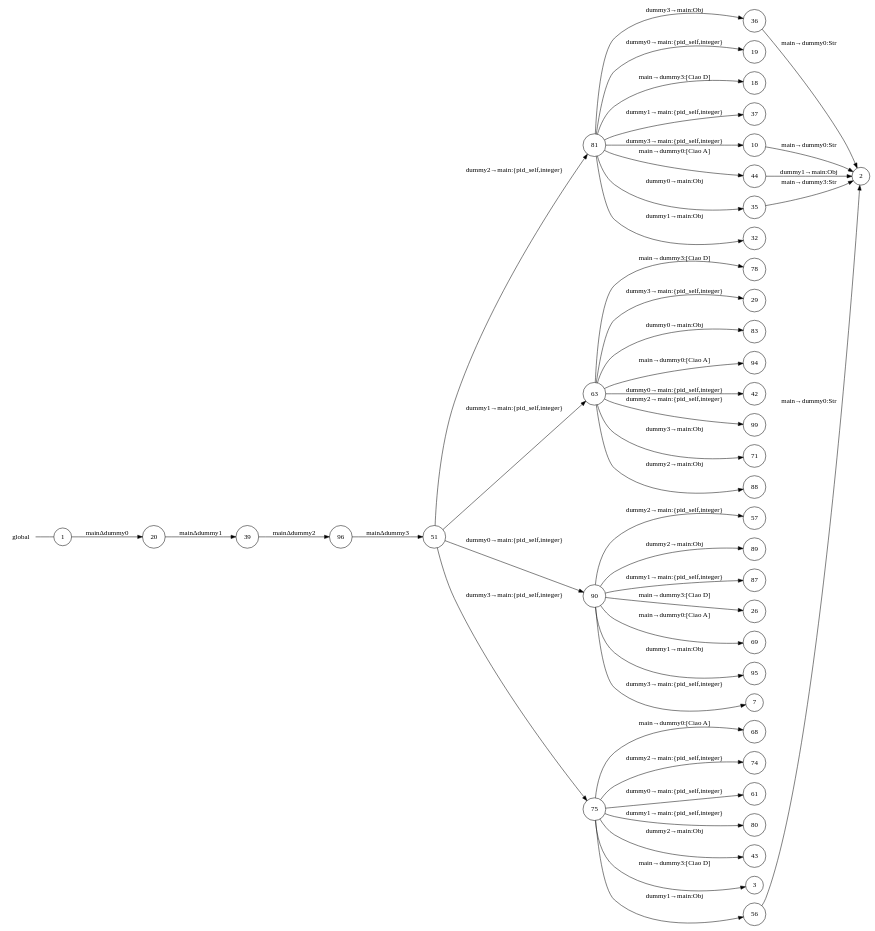
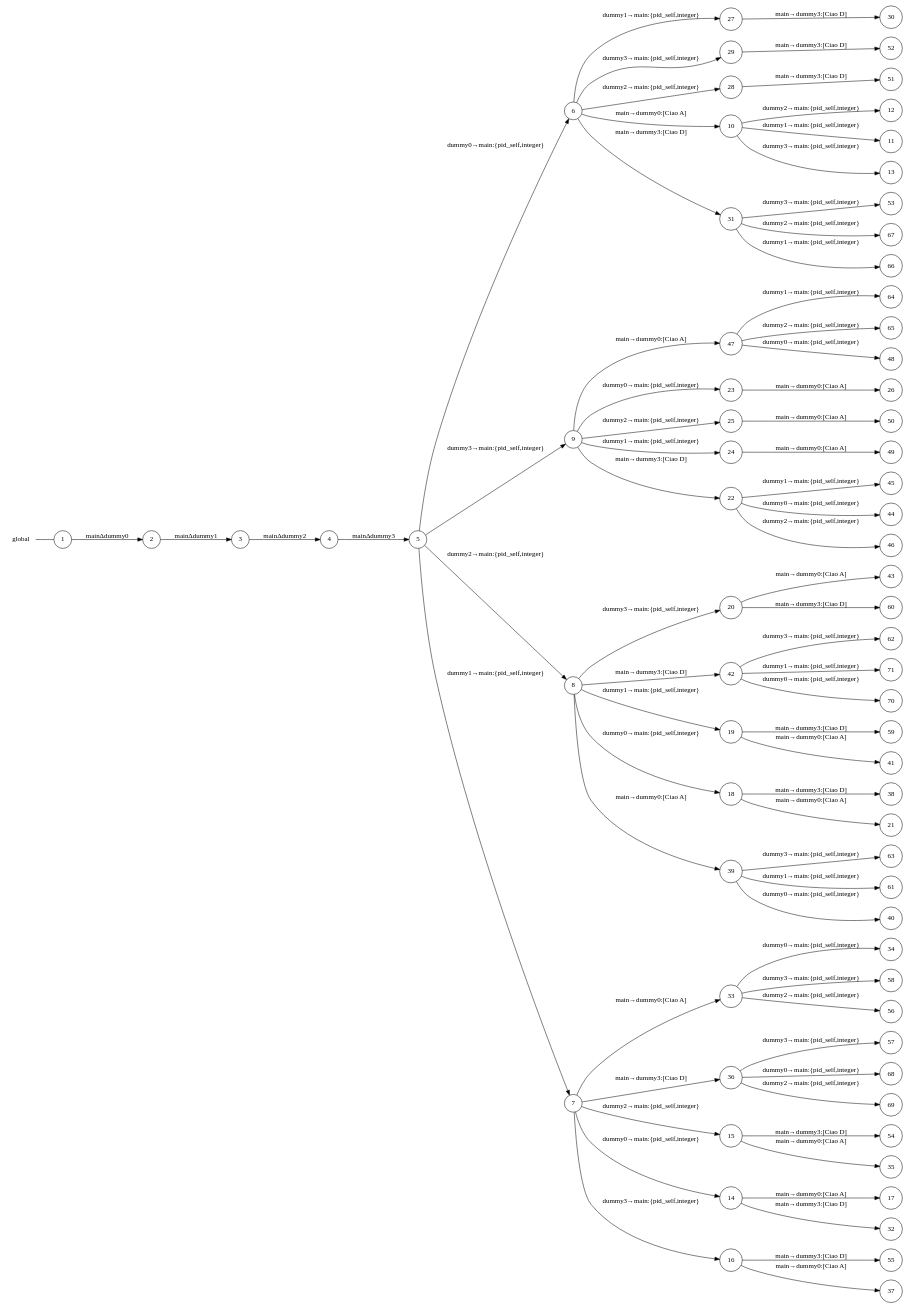
Before and after one commit to gabrielegenovese/chorer: the diagram in examples/conditional-case/main_global_view.dot, drawn with Graphviz. The commit also changed 15 other files, not shown here.

```diff
--- a/examples/conditional-case/main_global_view.dot
+++ b/examples/conditional-case/main_global_view.dot
@@ -1,89 +1,147 @@
 digraph global {
 	rankdir="LR";
 	n_0 [label="global", shape="plaintext"];
-	n_1 [id="20", shape=circle, label="20"];
-	n_2 [id="57", shape=circle, label="57"];
-	n_3 [id="78", shape=circle, label="78"];
-	n_4 [id="89", shape=circle, label="89"];
-	n_5 [id="29", shape=circle, label="29"];
-	n_6 [id="68", shape=circle, label="68"];
-	n_7 [id="83", shape=circle, label="83"];
-	n_8 [id="36", shape=circle, label="36"];
-	n_9 [id="94", shape=circle, label="94"];
-	n_10 [id="81", shape=circle, label="81"];
-	n_11 [id="74", shape=circle, label="74"];
-	n_12 [id="63", shape=circle, label="63"];
-	n_13 [id="87", shape=circle, label="87"];
-	n_14 [id="42", shape=circle, label="42"];
-	n_15 [id="19", shape=circle, label="19"];
-	n_16 [id="99", shape=circle, label="99"];
-	n_17 [id="18", shape=circle, label="18"];
-	n_18 [id="61", shape=circle, label="61"];
-	n_19 [id="37", shape=circle, label="37"];
-	n_20 [id="80", shape=circle, label="80"];
-	n_21 [id="51", shape=circle, label="51"];
-	n_22 [id="10", shape=circle, label="10"];
-	n_23 [id="43", shape=circle, label="43"];
-	n_24 [id="71", shape=circle, label="71"];
-	n_25 [id="39", shape=circle, label="39"];
-	n_26 [id="1", shape=circle, label="1"];
-	n_0 -> n_26 [arrowhead=none];
-	n_27 [id="26", shape=circle, label="26"];
-	n_28 [id="2", shape=circle, label="2"];
-	n_29 [id="44", shape=circle, label="44"];
-	n_30 [id="69", shape=circle, label="69"];
-	n_31 [id="95", shape=circle, label="95"];
-	n_32 [id="96", shape=circle, label="96"];
-	n_33 [id="88", shape=circle, label="88"];
-	n_34 [id="35", shape=circle, label="35"];
-	n_35 [id="32", shape=circle, label="32"];
-	n_36 [id="7", shape=circle, label="7"];
-	n_37 [id="90", shape=circle, label="90"];
-	n_38 [id="75", shape=circle, label="75"];
-	n_39 [id="3", shape=circle, label="3"];
-	n_40 [id="56", shape=circle, label="56"];
+	n_1 [id="33", shape=circle, label="33"];
+	n_2 [id="34", shape=circle, label="34"];
+	n_3 [id="20", shape=circle, label="20"];
+	n_4 [id="58", shape=circle, label="58"];
+	n_5 [id="57", shape=circle, label="57"];
+	n_6 [id="27", shape=circle, label="27"];
+	n_7 [id="47", shape=circle, label="47"];
+	n_8 [id="29", shape=circle, label="29"];
+	n_9 [id="23", shape=circle, label="23"];
+	n_10 [id="55", shape=circle, label="55"];
+	n_11 [id="25", shape=circle, label="25"];
+	n_12 [id="68", shape=circle, label="68"];
+	n_13 [id="36", shape=circle, label="36"];
+	n_14 [id="5", shape=circle, label="5"];
+	n_15 [id="63", shape=circle, label="63"];
+	n_16 [id="28", shape=circle, label="28"];
+	n_17 [id="64", shape=circle, label="64"];
+	n_18 [id="15", shape=circle, label="15"];
+	n_19 [id="42", shape=circle, label="42"];
+	n_20 [id="19", shape=circle, label="19"];
+	n_21 [id="12", shape=circle, label="12"];
+	n_22 [id="11", shape=circle, label="11"];
+	n_23 [id="17", shape=circle, label="17"];
+	n_24 [id="53", shape=circle, label="53"];
+	n_25 [id="50", shape=circle, label="50"];
+	n_26 [id="62", shape=circle, label="62"];
+	n_27 [id="67", shape=circle, label="67"];
+	n_28 [id="54", shape=circle, label="54"];
+	n_29 [id="18", shape=circle, label="18"];
+	n_30 [id="61", shape=circle, label="61"];
+	n_31 [id="37", shape=circle, label="37"];
+	n_32 [id="51", shape=circle, label="51"];
+	n_33 [id="14", shape=circle, label="14"];
+	n_34 [id="66", shape=circle, label="66"];
+	n_35 [id="6", shape=circle, label="6"];
+	n_36 [id="38", shape=circle, label="38"];
+	n_37 [id="13", shape=circle, label="13"];
+	n_38 [id="24", shape=circle, label="24"];
+	n_39 [id="10", shape=circle, label="10"];
+	n_40 [id="43", shape=circle, label="43"];
+	n_41 [id="30", shape=circle, label="30"];
+	n_42 [id="71", shape=circle, label="71"];
+	n_43 [id="59", shape=circle, label="59"];
+	n_44 [id="40", shape=circle, label="40"];
+	n_45 [id="22", shape=circle, label="22"];
+	n_46 [id="65", shape=circle, label="65"];
+	n_47 [id="39", shape=circle, label="39"];
+	n_48 [id="60", shape=circle, label="60"];
+	n_49 [id="1", shape=circle, label="1"];
+	n_0 -> n_49 [arrowhead=none];
+	n_50 [id="45", shape=circle, label="45"];
+	n_51 [id="26", shape=circle, label="26"];
+	n_52 [id="9", shape=circle, label="9"];
+	n_53 [id="2", shape=circle, label="2"];
+	n_54 [id="21", shape=circle, label="21"];
+	n_55 [id="44", shape=circle, label="44"];
+	n_56 [id="69", shape=circle, label="69"];
+	n_57 [id="46", shape=circle, label="46"];
+	n_58 [id="8", shape=circle, label="8"];
+	n_59 [id="48", shape=circle, label="48"];
+	n_60 [id="4", shape=circle, label="4"];
+	n_61 [id="70", shape=circle, label="70"];
+	n_62 [id="35", shape=circle, label="35"];
+	n_63 [id="31", shape=circle, label="31"];
+	n_64 [id="32", shape=circle, label="32"];
+	n_65 [id="41", shape=circle, label="41"];
+	n_66 [id="7", shape=circle, label="7"];
+	n_67 [id="3", shape=circle, label="3"];
+	n_68 [id="52", shape=circle, label="52"];
+	n_69 [id="56", shape=circle, label="56"];
+	n_70 [id="49", shape=circle, label="49"];
+	n_71 [id="16", shape=circle, label="16"];
 
-	n_12 -> n_33 [id="[$e|72]", label="dummy2→main:Obj"];
-	n_12 -> n_7 [id="[$e|76]", label="dummy0→main:Obj"];
-	n_38 -> n_11 [id="[$e|23]", label="dummy2→main:{pid_self,integer}"];
-	n_21 -> n_12 [id="[$e|70]", label="dummy1→main:{pid_self,integer}"];
-	n_38 -> n_23 [id="[$e|63]", label="dummy2→main:Obj"];
-	n_21 -> n_10 [id="[$e|55]", label="dummy2→main:{pid_self,integer}"];
-	n_37 -> n_31 [id="[$e|1]", label="dummy1→main:Obj"];
-	n_37 -> n_2 [id="[$e|60]", label="dummy2→main:{pid_self,integer}"];
-	n_40 -> n_28 [id="[$e|156]", label="main→dummy0:Str"];
-	n_37 -> n_36 [id="[$e|6]", label="dummy3→main:{pid_self,integer}"];
-	n_10 -> n_34 [id="[$e|22]", label="dummy0→main:Obj"];
-	n_37 -> n_4 [id="[$e|7]", label="dummy2→main:Obj"];
-	n_10 -> n_15 [id="[$e|61]", label="dummy0→main:{pid_self,integer}"];
-	n_12 -> n_9 [id="[$e|67]", label="main→dummy0:[Ciao A]"];
-	n_10 -> n_35 [id="[$e|33]", label="dummy1→main:Obj"];
-	n_12 -> n_14 [id="[$e|17]", label="dummy0→main:{pid_self,integer}"];
-	n_34 -> n_28 [id="[$e|135]", label="main→dummy3:Str"];
-	n_38 -> n_40 [id="[$e|46]", label="dummy1→main:Obj"];
-	n_25 -> n_32 [id="[$e|19]", label="mainΔdummy2"];
-	n_12 -> n_24 [id="[$e|87]", label="dummy3→main:Obj"];
-	n_38 -> n_6 [id="[$e|34]", label="main→dummy0:[Ciao A]"];
-	n_12 -> n_16 [id="[$e|64]", label="dummy2→main:{pid_self,integer}"];
-	n_37 -> n_30 [id="[$e|42]", label="main→dummy0:[Ciao A]"];
-	n_12 -> n_5 [id="[$e|38]", label="dummy3→main:{pid_self,integer}"];
-	n_10 -> n_29 [id="[$e|20]", label="main→dummy0:[Ciao A]"];
-	n_32 -> n_21 [id="[$e|94]", label="mainΔdummy3"];
-	n_29 -> n_28 [id="[$e|68]", label="dummy1→main:Obj"];
-	n_38 -> n_39 [id="[$e|95]", label="main→dummy3:[Ciao D]"];
-	n_1 -> n_25 [id="[$e|13]", label="mainΔdummy1"];
-	n_10 -> n_17 [id="[$e|62]", label="main→dummy3:[Ciao D]"];
-	n_22 -> n_28 [id="[$e|153]", label="main→dummy0:Str"];
-	n_21 -> n_38 [id="[$e|59]", label="dummy3→main:{pid_self,integer}"];
-	n_10 -> n_8 [id="[$e|21]", label="dummy3→main:Obj"];
-	n_8 -> n_28 [id="[$e|155]", label="main→dummy0:Str"];
-	n_21 -> n_37 [id="[$e|31]", label="dummy0→main:{pid_self,integer}"];
-	n_12 -> n_3 [id="[$e|86]", label="main→dummy3:[Ciao D]"];
-	n_26 -> n_1 [id="[$e|41]", label="mainΔdummy0"];
-	n_37 -> n_13 [id="[$e|14]", label="dummy1→main:{pid_self,integer}"];
-	n_38 -> n_18 [id="[$e|45]", label="dummy0→main:{pid_self,integer}"];
-	n_10 -> n_19 [id="[$e|32]", label="dummy1→main:{pid_self,integer}"];
-	n_38 -> n_20 [id="[$e|15]", label="dummy1→main:{pid_self,integer}"];
-	n_10 -> n_22 [id="[$e|71]", label="dummy3→main:{pid_self,integer}"];
-	n_37 -> n_27 [id="[$e|83]", label="main→dummy3:[Ciao D]"];
+	n_1 -> n_69 [id="[$e|54]", label="dummy2→main:{pid_self,integer}"];
+	n_20 -> n_43 [id="[$e|57]", label="main→dummy3:[Ciao D]"];
+	n_33 -> n_64 [id="[$e|30]", label="main→dummy3:[Ciao D]"];
+	n_52 -> n_11 [id="[$e|23]", label="dummy2→main:{pid_self,integer}"];
+	n_71 -> n_10 [id="[$e|53]", label="main→dummy3:[Ciao D]"];
+	n_7 -> n_46 [id="[$e|63]", label="dummy2→main:{pid_self,integer}"];
+	n_13 -> n_5 [id="[$e|55]", label="dummy3→main:{pid_self,integer}"];
+	n_53 -> n_67 [id="[$e|1]", label="mainΔdummy1"];
+	n_19 -> n_26 [id="[$e|60]", label="dummy3→main:{pid_self,integer}"];
+	n_60 -> n_14 [id="[$e|3]", label="mainΔdummy3"];
+	n_66 -> n_33 [id="[$e|12]", label="dummy0→main:{pid_self,integer}"];
+	n_6 -> n_41 [id="[$e|28]", label="main→dummy3:[Ciao D]"];
+	n_38 -> n_70 [id="[$e|47]", label="main→dummy0:[Ciao A]"];
+	n_58 -> n_19 [id="[$e|40]", label="main→dummy3:[Ciao D]"];
+	n_58 -> n_47 [id="[$e|37]", label="main→dummy0:[Ciao A]"];
+	n_45 -> n_50 [id="[$e|43]", label="dummy1→main:{pid_self,integer}"];
+	n_14 -> n_58 [id="[$e|6]", label="dummy2→main:{pid_self,integer}"];
+	n_52 -> n_38 [id="[$e|22]", label="dummy1→main:{pid_self,integer}"];
+	n_14 -> n_52 [id="[$e|7]", label="dummy3→main:{pid_self,integer}"];
+	n_47 -> n_15 [id="[$e|61]", label="dummy3→main:{pid_self,integer}"];
+	n_14 -> n_66 [id="[$e|5]", label="dummy1→main:{pid_self,integer}"];
+	n_20 -> n_65 [id="[$e|39]", label="main→dummy0:[Ciao A]"];
+	n_13 -> n_56 [id="[$e|67]", label="dummy2→main:{pid_self,integer}"];
+	n_49 -> n_53 [id="[$e|0]", label="mainΔdummy0"];
+	n_18 -> n_62 [id="[$e|33]", label="main→dummy0:[Ciao A]"];
+	n_58 -> n_20 [id="[$e|17]", label="dummy1→main:{pid_self,integer}"];
+	n_7 -> n_59 [id="[$e|46]", label="dummy0→main:{pid_self,integer}"];
+	n_29 -> n_54 [id="[$e|19]", label="main→dummy0:[Ciao A]"];
+	n_66 -> n_13 [id="[$e|34]", label="main→dummy3:[Ciao D]"];
+	n_63 -> n_34 [id="[$e|64]", label="dummy1→main:{pid_self,integer}"];
+	n_35 -> n_39 [id="[$e|8]", label="main→dummy0:[Ciao A]"];
+	n_45 -> n_55 [id="[$e|42]", label="dummy0→main:{pid_self,integer}"];
+	n_35 -> n_6 [id="[$e|25]", label="dummy1→main:{pid_self,integer}"];
+	n_47 -> n_44 [id="[$e|38]", label="dummy0→main:{pid_self,integer}"];
+	n_63 -> n_24 [id="[$e|51]", label="dummy3→main:{pid_self,integer}"];
+	n_52 -> n_45 [id="[$e|20]", label="main→dummy3:[Ciao D]"];
+	n_39 -> n_37 [id="[$e|11]", label="dummy3→main:{pid_self,integer}"];
+	n_8 -> n_68 [id="[$e|50]", label="main→dummy3:[Ciao D]"];
+	n_19 -> n_61 [id="[$e|68]", label="dummy0→main:{pid_self,integer}"];
+	n_35 -> n_63 [id="[$e|29]", label="main→dummy3:[Ciao D]"];
+	n_16 -> n_32 [id="[$e|49]", label="main→dummy3:[Ciao D]"];
+	n_14 -> n_35 [id="[$e|4]", label="dummy0→main:{pid_self,integer}"];
+	n_67 -> n_60 [id="[$e|2]", label="mainΔdummy2"];
+	n_66 -> n_18 [id="[$e|13]", label="dummy2→main:{pid_self,integer}"];
+	n_7 -> n_17 [id="[$e|62]", label="dummy1→main:{pid_self,integer}"];
+	n_35 -> n_8 [id="[$e|27]", label="dummy3→main:{pid_self,integer}"];
+	n_47 -> n_30 [id="[$e|59]", label="dummy1→main:{pid_self,integer}"];
+	n_71 -> n_31 [id="[$e|35]", label="main→dummy0:[Ciao A]"];
+	n_52 -> n_9 [id="[$e|21]", label="dummy0→main:{pid_self,integer}"];
+	n_3 -> n_48 [id="[$e|58]", label="main→dummy3:[Ciao D]"];
+	n_66 -> n_1 [id="[$e|31]", label="main→dummy0:[Ciao A]"];
+	n_9 -> n_51 [id="[$e|24]", label="main→dummy0:[Ciao A]"];
+	n_3 -> n_40 [id="[$e|41]", label="main→dummy0:[Ciao A]"];
+	n_66 -> n_71 [id="[$e|14]", label="dummy3→main:{pid_self,integer}"];
+	n_52 -> n_7 [id="[$e|45]", label="main→dummy0:[Ciao A]"];
+	n_1 -> n_2 [id="[$e|32]", label="dummy0→main:{pid_self,integer}"];
+	n_19 -> n_42 [id="[$e|69]", label="dummy1→main:{pid_self,integer}"];
+	n_39 -> n_22 [id="[$e|9]", label="dummy1→main:{pid_self,integer}"];
+	n_33 -> n_23 [id="[$e|15]", label="main→dummy0:[Ciao A]"];
+	n_58 -> n_29 [id="[$e|16]", label="dummy0→main:{pid_self,integer}"];
+	n_11 -> n_25 [id="[$e|48]", label="main→dummy0:[Ciao A]"];
+	n_39 -> n_21 [id="[$e|10]", label="dummy2→main:{pid_self,integer}"];
+	n_63 -> n_27 [id="[$e|65]", label="dummy2→main:{pid_self,integer}"];
+	n_13 -> n_12 [id="[$e|66]", label="dummy0→main:{pid_self,integer}"];
+	n_58 -> n_3 [id="[$e|18]", label="dummy3→main:{pid_self,integer}"];
+	n_45 -> n_57 [id="[$e|44]", label="dummy2→main:{pid_self,integer}"];
+	n_29 -> n_36 [id="[$e|36]", label="main→dummy3:[Ciao D]"];
+	n_1 -> n_4 [id="[$e|56]", label="dummy3→main:{pid_self,integer}"];
+	n_18 -> n_28 [id="[$e|52]", label="main→dummy3:[Ciao D]"];
+	n_35 -> n_16 [id="[$e|26]", label="dummy2→main:{pid_self,integer}"];
 }
```
